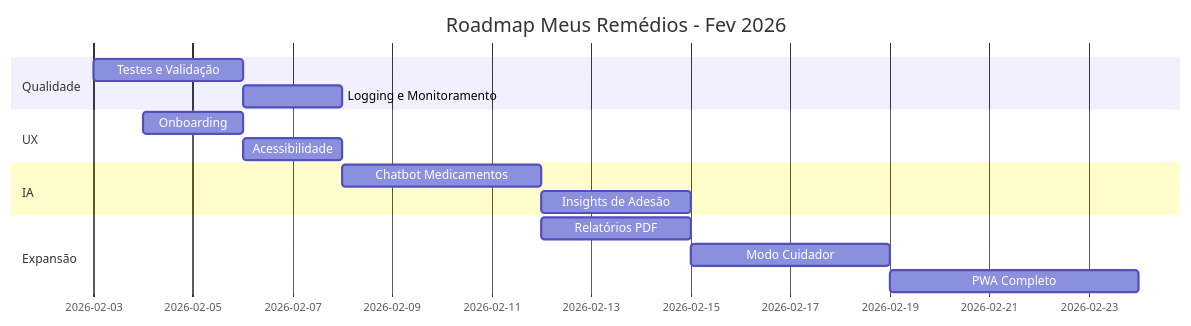
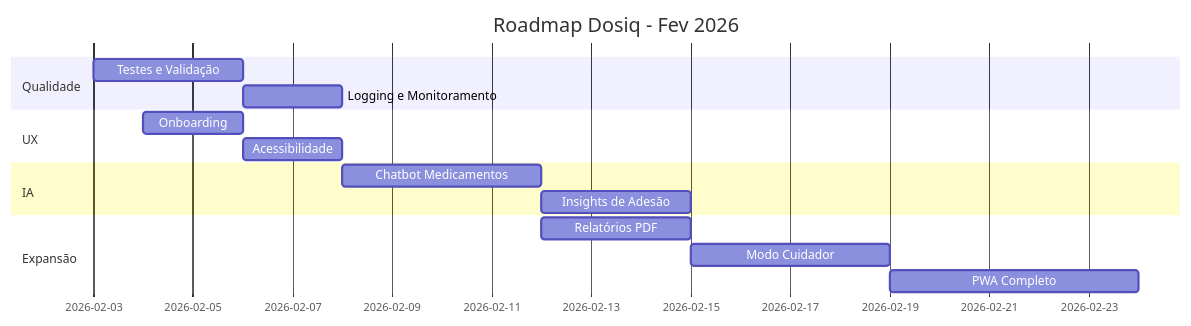
One commit to coelhotv/dosiq changed the second of 2 diagrams in plans/archive_old/roadmap_v3/ANALISE_APP_E_ROADMAP_EVOLUCAO.md. Above: the diagram before and after it, drawn with Mermaid. The commit also changed other lines of this file and 151 other files, not shown here.

````diff
--- a/plans/archive_old/roadmap_v3/ANALISE_APP_E_ROADMAP_EVOLUCAO.md
+++ b/plans/archive_old/roadmap_v3/ANALISE_APP_E_ROADMAP_EVOLUCAO.md
@@ -209,22 +209,22 @@
 ```mermaid
 gantt
-    title Roadmap Meus Remédios - Fev 2026
+    title Roadmap Dosiq - Fev 2026
     dateFormat  YYYY-MM-DD
     
     section Qualidade
     Testes e Validação           :a1, 2026-02-03, 3d
     Logging e Monitoramento      :a2, after a1, 2d
     
     section UX
     Onboarding                   :b1, 2026-02-04, 2d
     Acessibilidade               :b2, after b1, 2d
     
     section IA
     Chatbot Medicamentos         :c1, 2026-02-08, 4d
     Insights de Adesão           :c2, after c1, 3d
     
     section Expansão
     Relatórios PDF               :d1, 2026-02-12, 3d
     Modo Cuidador                :d2, after d1, 4d
     PWA Completo                 :d3, after d2, 5d
 ```
````
